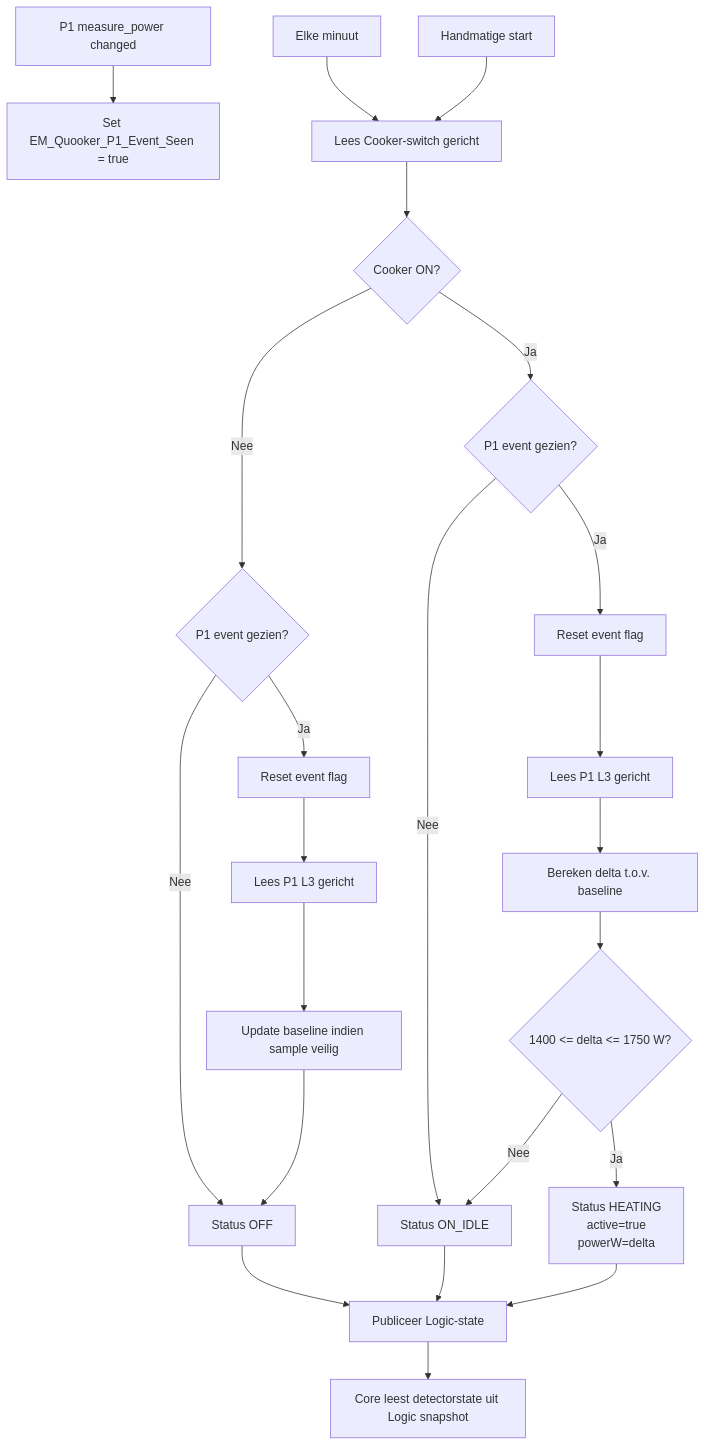
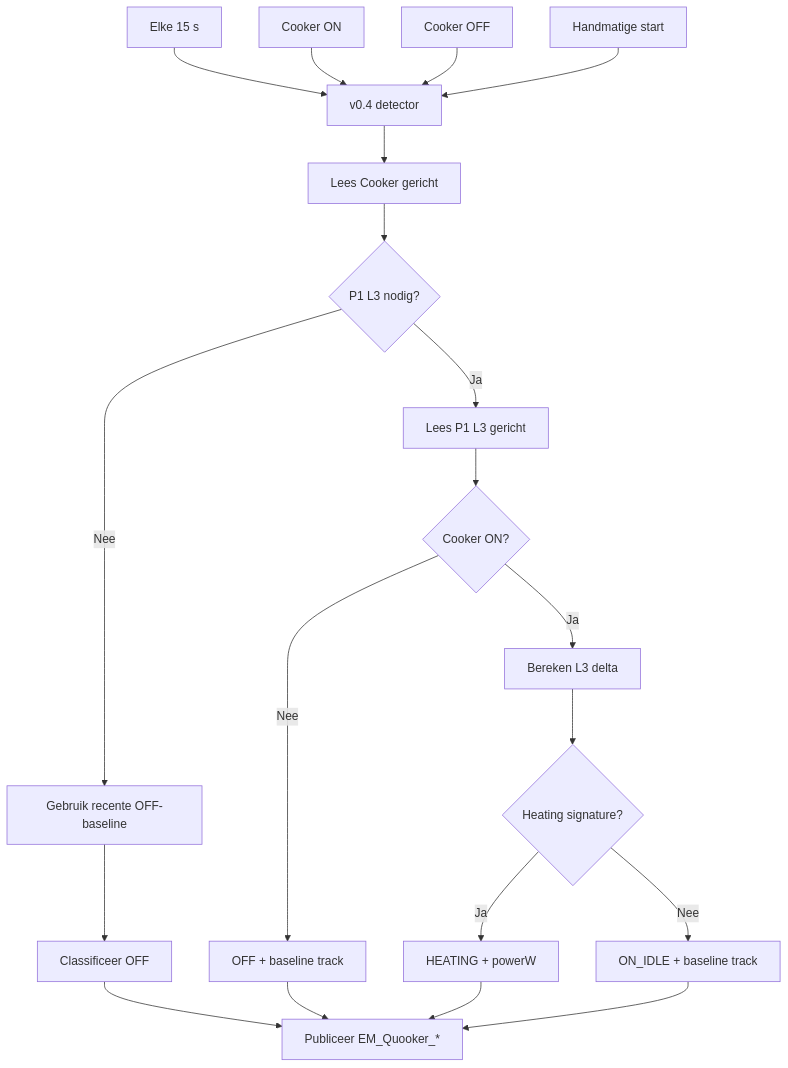
Before and after one commit to OnsKasteeltje/homey-energy-manual: the first of 2 diagrams in docs/software-architecture/flows/quooker-flow.md, drawn with Mermaid. The commit also changed other lines of this file, not shown here.

Commit message:
docs(quooker): replace stale v0.3 flow with live v0.4

````diff
--- a/docs/software-architecture/flows/quooker-flow.md
+++ b/docs/software-architecture/flows/quooker-flow.md
@@ -53,27 +28,22 @@
 ```mermaid
 flowchart TD
-    A[P1 measure_power changed] --> B[Set EM_Quooker_P1_Event_Seen = true]
-    C[Elke minuut] --> D[Lees Cooker-switch gericht]
-    E[Handmatige start] --> D
-    D --> F{Cooker ON?}
-    F -->|Nee| G{P1 event gezien?}
-    F -->|Ja| H{P1 event gezien?}
-    G -->|Nee| I[Status OFF]
-    G -->|Ja| J[Reset event flag]
-    J --> K[Lees P1 L3 gericht]
-    K --> L[Update baseline indien sample veilig]
-    L --> I
-    H -->|Nee| M[Status ON_IDLE]
-    H -->|Ja| N[Reset event flag]
-    N --> O[Lees P1 L3 gericht]
-    O --> P[Bereken delta t.o.v. baseline]
-    P --> Q{1400 <= delta <= 1750 W?}
-    Q -->|Ja| R[Status HEATING
-active=true
-powerW=delta]
-    Q -->|Nee| M
-    I --> S[Publiceer Logic-state]
-    M --> S
-    R --> S
-    S --> T[Core leest detectorstate uit Logic snapshot]
+    A[Elke 15 s] --> E[v0.4 detector]
+    B[Cooker ON] --> E
+    C[Cooker OFF] --> E
+    D[Handmatige start] --> E
+    E --> F[Lees Cooker gericht]
+    F --> G{P1 L3 nodig?}
+    G -->|Nee| H[Gebruik recente OFF-baseline]
+    G -->|Ja| I[Lees P1 L3 gericht]
+    H --> J[Classificeer OFF]
+    I --> K{Cooker ON?}
+    K -->|Nee| L[OFF + baseline track]
+    K -->|Ja| M[Bereken L3 delta]
+    M --> N{Heating signature?}
+    N -->|Ja| O[HEATING + powerW]
+    N -->|Nee| P[ON_IDLE + baseline track]
+    J --> Q[Publiceer EM_Quooker_*]
+    L --> Q
+    O --> Q
+    P --> Q
 ```
````
